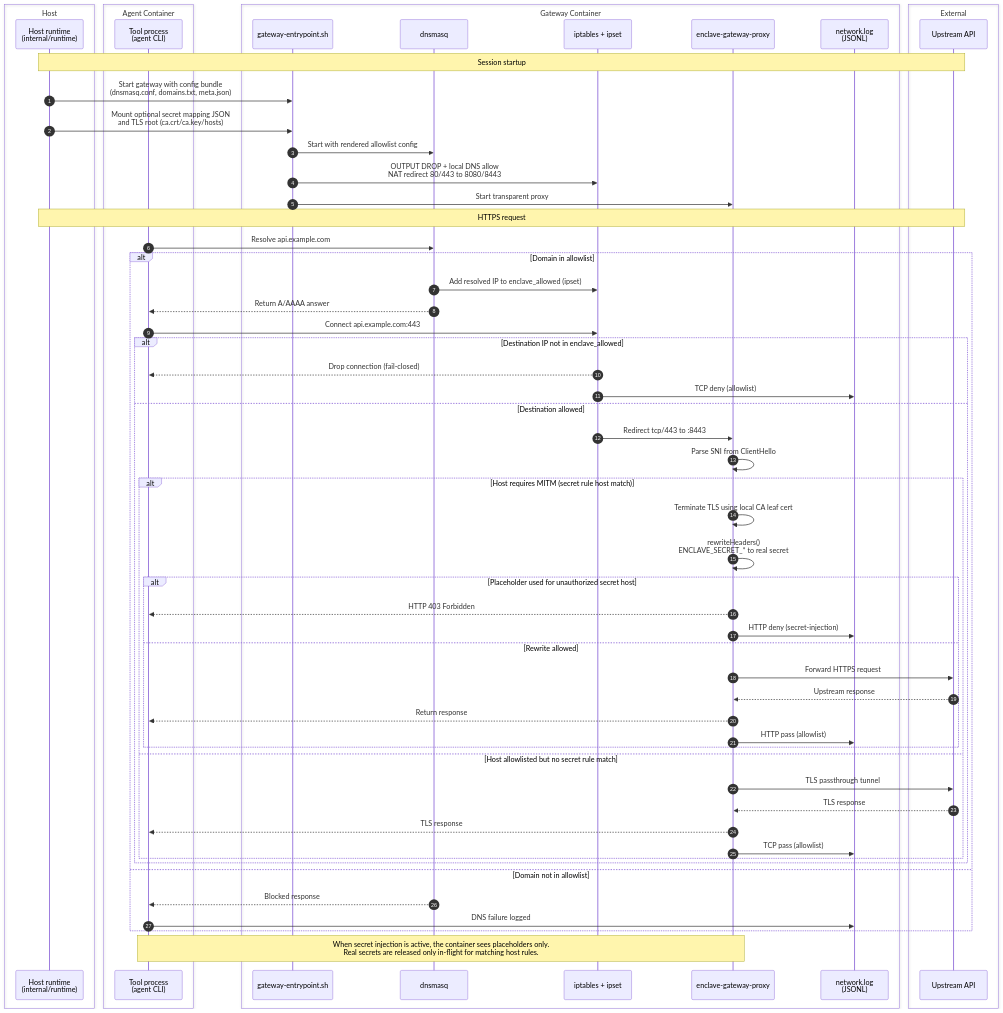
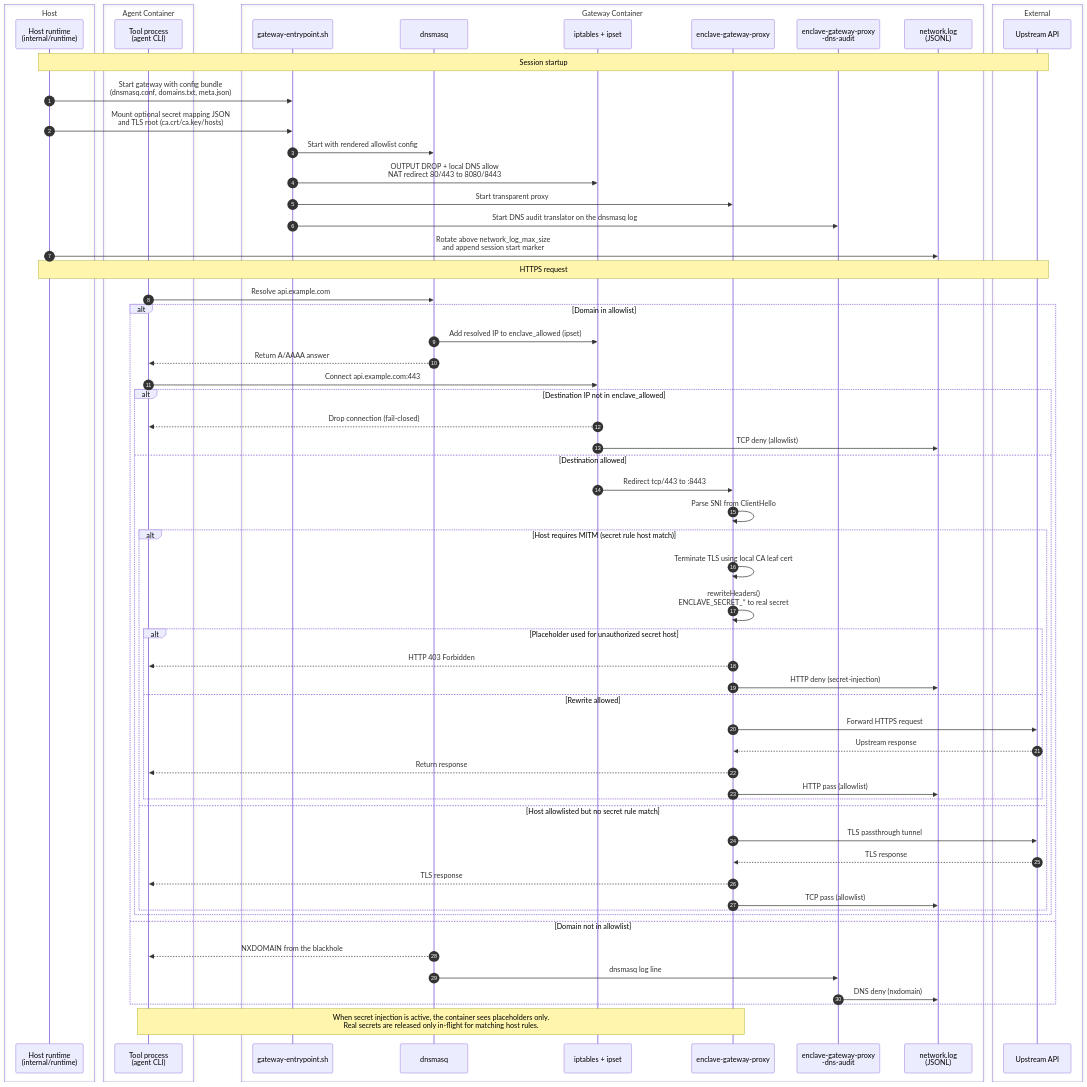
One commit to eclipse-enclave/enclave changed the diagram in docs/runtime/network-request-flow.md. Above: the diagram before and after it, drawn with Mermaid. The commit also changed other lines of this file and 58 other files, not shown here.

First line of the commit message:
feat: add enclave network log and repair the audit log format

````diff
--- a/docs/runtime/network-request-flow.md
+++ b/docs/runtime/network-request-flow.md
@@ -7,65 +7,69 @@
 ```mermaid
 sequenceDiagram
     autonumber
     box Host
         participant Host as Host runtime<br/>(internal/runtime)
     end
     box Agent Container
         participant Tool as Tool process<br/>(agent CLI)
     end
     box Gateway Container
         participant Entry as gateway-entrypoint.sh
         participant DNS as dnsmasq
         participant FW as iptables + ipset
         participant Proxy as enclave-gateway-proxy
+        participant Audit as enclave-gateway-proxy<br/>-dns-audit
         participant Log as network.log<br/>(JSONL)
     end
     box External
         participant API as Upstream API
     end
 
     Note over Host,API: Session startup
     Host->>Entry: Start gateway with config bundle<br/>(dnsmasq.conf, domains.txt, meta.json)
     Host->>Entry: Mount optional secret mapping JSON<br/>and TLS root (ca.crt/ca.key/hosts)
     Entry->>DNS: Start with rendered allowlist config
     Entry->>FW: OUTPUT DROP + local DNS allow<br/>NAT redirect 80/443 to 8080/8443
     Entry->>Proxy: Start transparent proxy
+    Entry->>Audit: Start DNS audit translator on the dnsmasq log
+    Host->>Log: Rotate above network_log_max_size<br/>and append session start marker
 
     Note over Host,API: HTTPS request
     Tool->>DNS: Resolve api.example.com
     alt Domain in allowlist
         DNS->>FW: Add resolved IP to enclave_allowed (ipset)
         DNS-->>Tool: Return A/AAAA answer
         Tool->>FW: Connect api.example.com:443
         alt Destination IP not in enclave_allowed
             FW-->>Tool: Drop connection (fail-closed)
             FW->>Log: TCP deny (allowlist)
         else Destination allowed
             FW->>Proxy: Redirect tcp/443 to :8443
             Proxy->>Proxy: Parse SNI from ClientHello
             alt Host requires MITM (secret rule host match)
                 Proxy->>Proxy: Terminate TLS using local CA leaf cert
                 Proxy->>Proxy: rewriteHeaders()<br/>ENCLAVE_SECRET_* to real secret
                 alt Placeholder used for unauthorized secret host
                     Proxy-->>Tool: HTTP 403 Forbidden
                     Proxy->>Log: HTTP deny (secret-injection)
                 else Rewrite allowed
                     Proxy->>API: Forward HTTPS request
                     API-->>Proxy: Upstream response
                     Proxy-->>Tool: Return response
                     Proxy->>Log: HTTP pass (allowlist)
                 end
             else Host allowlisted but no secret rule match
                 Proxy->>API: TLS passthrough tunnel
                 API-->>Proxy: TLS response
                 Proxy-->>Tool: TLS response
                 Proxy->>Log: TCP pass (allowlist)
             end
         end
     else Domain not in allowlist
-        DNS-->>Tool: Blocked response
-        Tool->>Log: DNS failure logged
+        DNS-->>Tool: NXDOMAIN from the blackhole
+        DNS->>Audit: dnsmasq log line
+        Audit->>Log: DNS deny (nxdomain)
     end
 
     Note over Tool,Proxy: When secret injection is active, the container sees placeholders only.<br/>Real secrets are released only in-flight for matching host rules.
 ```
````
